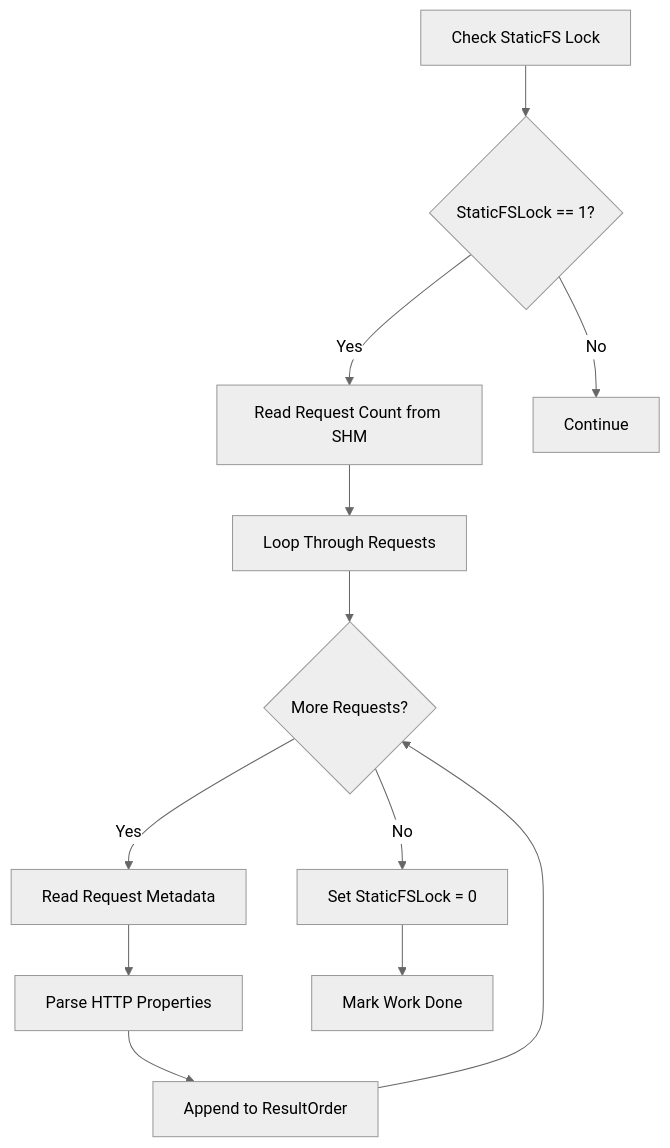
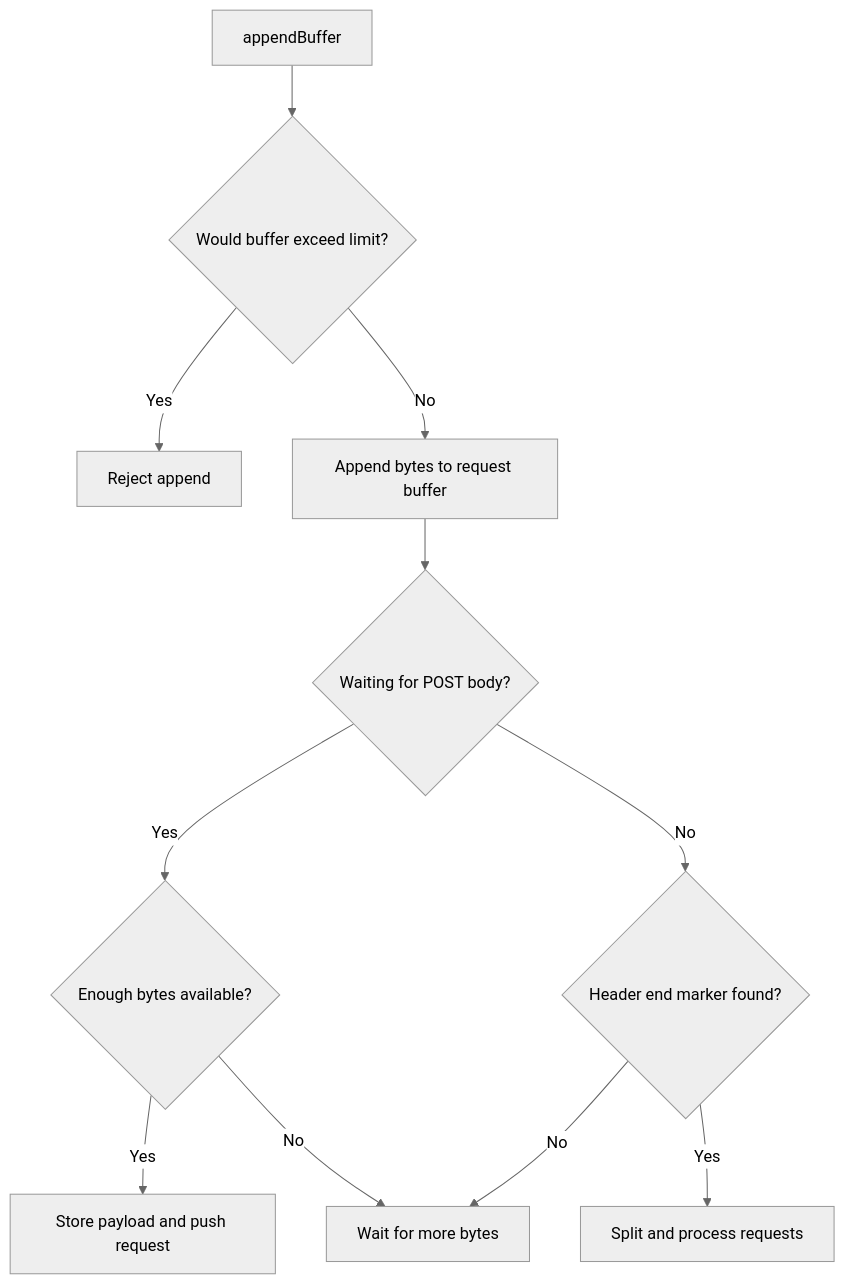
The eighth of 11 diagrams in doc/Graphical-Workflows.rst (WEBcodeX1/http-1.2), drawn with Mermaid (neutral theme) before and after one commit. The commit also changed other lines of this file and 22 other files, not shown here.

Commit message:
Refresh docs for current architecture

```diff
--- a/doc/Graphical-Workflows.rst
+++ b/doc/Graphical-Workflows.rst
@@ -179,14 +137,13 @@
 .. mermaid::
 
     flowchart TD;
-    A[Check StaticFS Lock] --> B{StaticFSLock == 1?};
-    B -->|Yes| C[Read Request Count from SHM];
-    C --> D[Loop Through Requests];
-    D --> E{More Requests?};
-    E -->|Yes| F[Read Request Metadata];
-    F --> G[Parse HTTP Properties];
-    G --> H[Append to ResultOrder];
-    H --> E;
-    E -->|No| I[Set StaticFSLock = 0];
-    I --> J[Mark Work Done];
-    B -->|No| K[Continue];
+    A[appendBuffer] --> B{Would buffer exceed limit?};
+    B -->|Yes| C[Reject append];
+    B -->|No| D[Append bytes to request buffer];
+    D --> E{Waiting for POST body?};
+    E -->|Yes| F{Enough bytes available?};
+    F -->|Yes| G[Store payload and push request];
+    F -->|No| H[Wait for more bytes];
+    E -->|No| I{Header end marker found?};
+    I -->|Yes| J[Split and process requests];
+    I -->|No| H;
```
